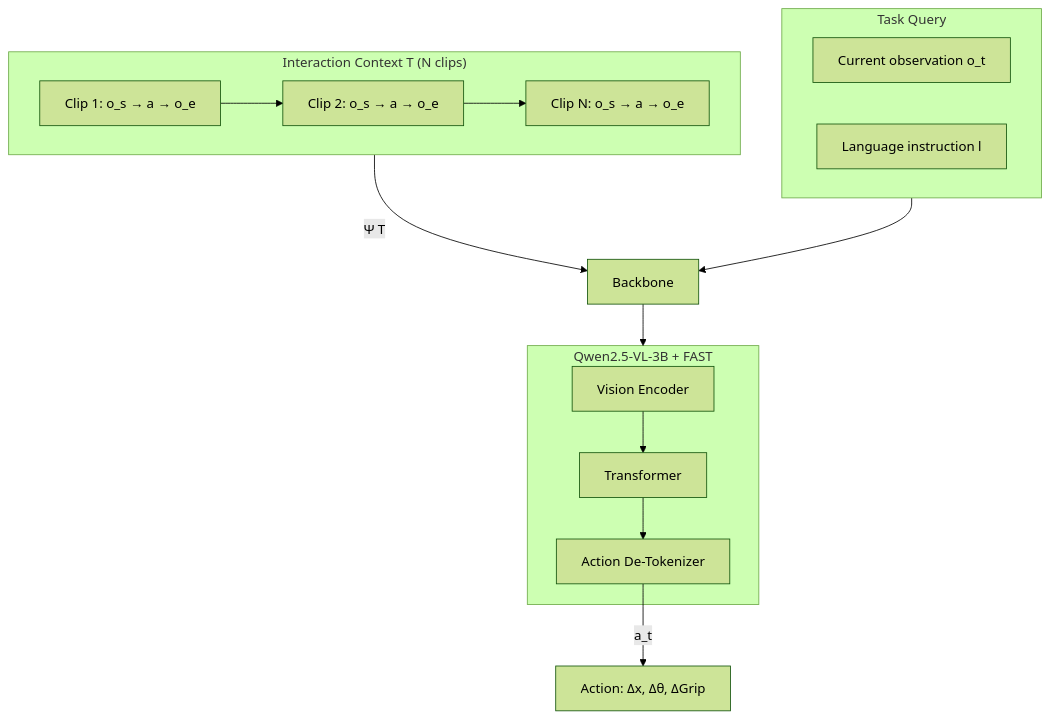
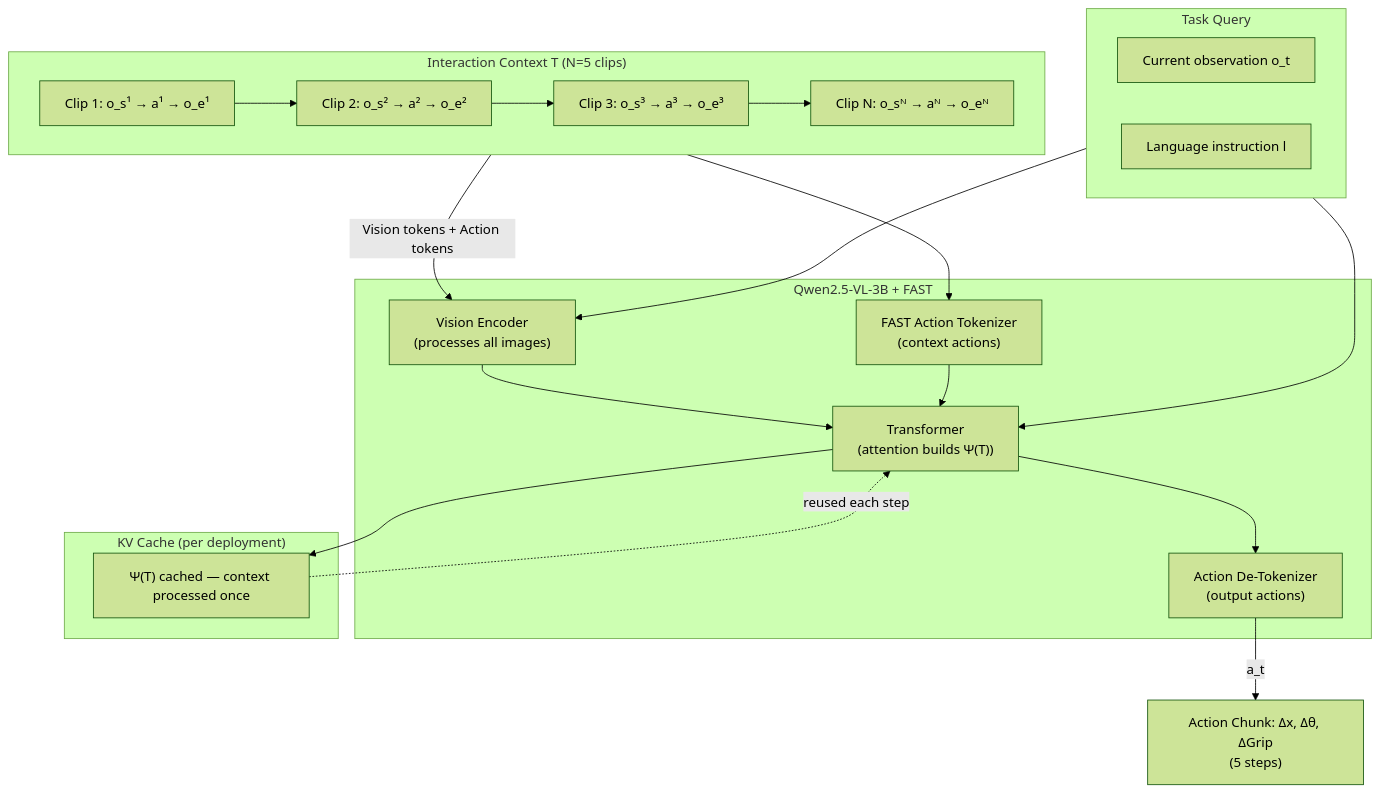
Before and after one commit to acailic/paper-implementer: the diagram in papers/2026-in-context-world-modeling-for-robotic/breakdown.md, drawn with Mermaid (forest theme). The commit also changed other lines of this file and 14 other files, not shown here.

First line of the commit message:
breakdowns: LaTeX equations, mermaid diagrams, expanded sections — all 14 papers

````diff
--- a/papers/2026-in-context-world-modeling-for-robotic/breakdown.md
+++ b/papers/2026-in-context-world-modeling-for-robotic/breakdown.md
@@ -83,27 +115,38 @@
 ```mermaid
 flowchart TD
-    subgraph Context["Interaction Context T (N clips)"]
-        C1["Clip 1: o_s → a → o_e"]
-        C2["Clip 2: o_s → a → o_e"]
-        CN["Clip N: o_s → a → o_e"]
-        C1 --> C2 --> CN
+    subgraph Context["Interaction Context T (N=5 clips)"]
+        C1["Clip 1: o_s¹ → a¹ → o_e¹"]
+        C2["Clip 2: o_s² → a² → o_e²"]
+        C3["Clip 3: o_s³ → a³ → o_e³"]
+        CN["Clip N: o_sᴺ → aᴺ → o_eᴺ"]
+        C1 --> C2 --> C3 --> CN
     end
-    
+
     subgraph Task["Task Query"]
         OT["Current observation o_t"]
         L["Language instruction l"]
     end
-    
-    Context -->|Ψ T| Backbone
-    Task --> Backbone
-    
+
     subgraph Model["Qwen2.5-VL-3B + FAST"]
-        VE["Vision Encoder"]
-        TF["Transformer"]
-        AD["Action De-Tokenizer"]
+        VE["Vision Encoder<br/>(processes all images)"]
+        TF["Transformer<br/>(attention builds Ψ(T))"]
+        AT["FAST Action Tokenizer<br/>(context actions)"]
+        AD["Action De-Tokenizer<br/>(output actions)"]
         VE --> TF --> AD
+        AT --> TF
     end
-    
-    Backbone --> Model
-    AD -->|a_t| Action["Action: Δx, Δθ, ΔGrip"]
+
+    Context -->|Vision tokens + Action tokens| VE
+    Context --> AT
+    Task --> VE
+    Task --> TF
+
+    AD -->|a_t| Action["Action Chunk: Δx, Δθ, ΔGrip<br/>(5 steps)"]
+
+    subgraph KVCache["KV Cache (per deployment)"]
+        KC["Ψ(T) cached — context processed once"]
+    end
+
+    TF --> KC
+    KC -.->|"reused each step"| TF
 ```
````
